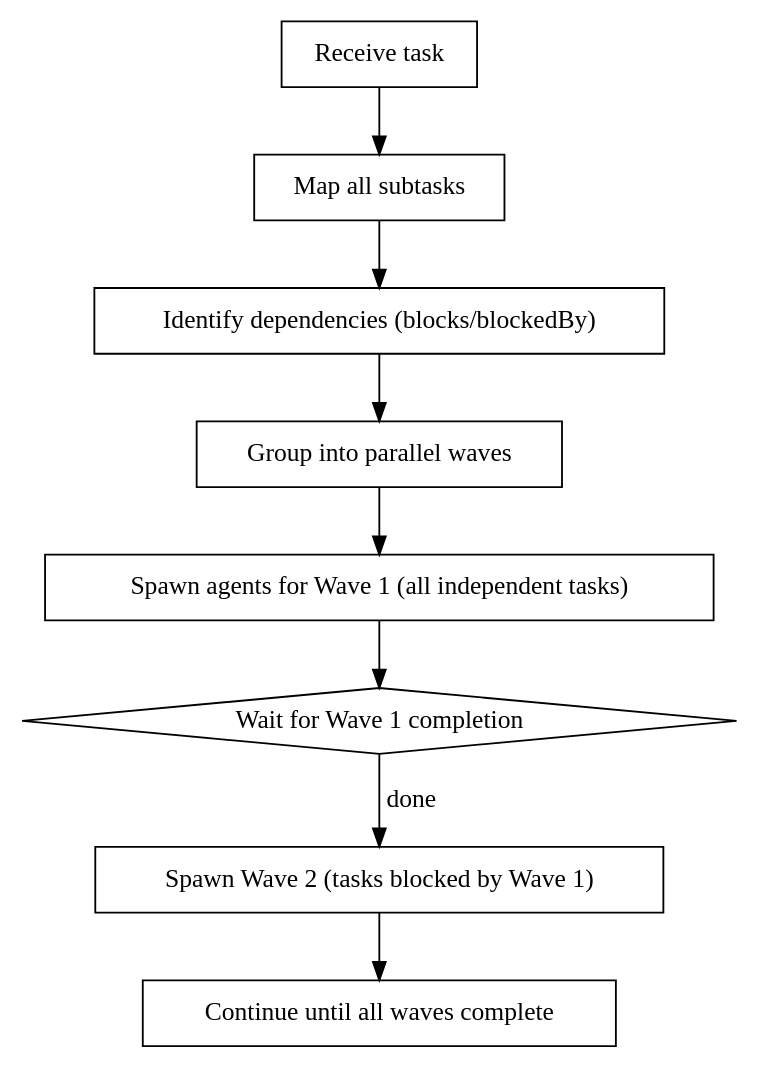
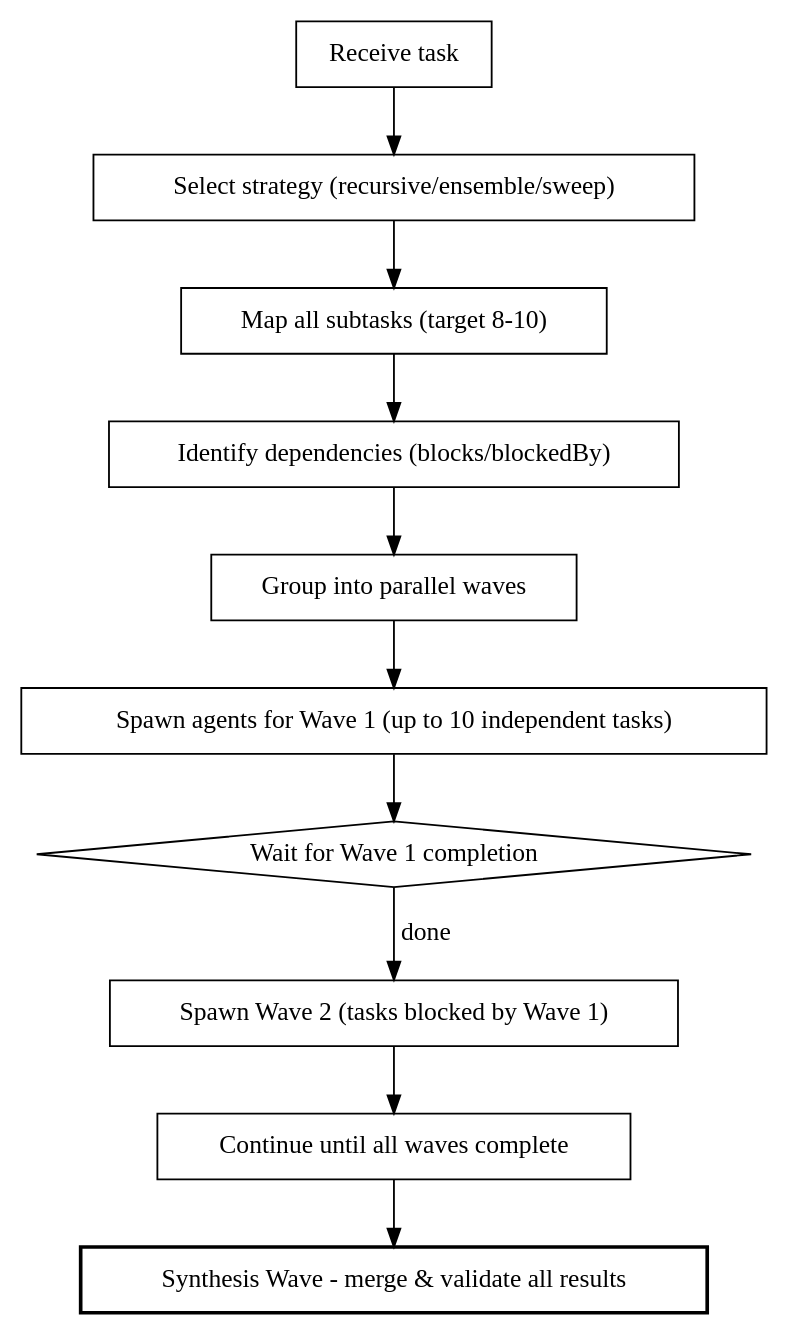
Before and after one commit to ahostbr/kuroryuu-public: the diagram in .claude/plugins/kuro/skills/max-subagents-parallel/SKILL.md, drawn with Graphviz. The commit also changed other lines of this file and 6 other files, not shown here.

````diff
--- a/.claude/plugins/kuro/skills/max-subagents-parallel/SKILL.md
+++ b/.claude/plugins/kuro/skills/max-subagents-parallel/SKILL.md
@@ -14,22 +24,26 @@
 ```dot
 digraph max_parallel {
     rankdir=TB;
 
     "Receive task" [shape=box];
-    "Map all subtasks" [shape=box];
+    "Select strategy (recursive/ensemble/sweep)" [shape=box];
+    "Map all subtasks (target 8-10)" [shape=box];
     "Identify dependencies (blocks/blockedBy)" [shape=box];
     "Group into parallel waves" [shape=box];
-    "Spawn agents for Wave 1 (all independent tasks)" [shape=box];
+    "Spawn agents for Wave 1 (up to 10 independent tasks)" [shape=box];
     "Wait for Wave 1 completion" [shape=diamond];
     "Spawn Wave 2 (tasks blocked by Wave 1)" [shape=box];
     "Continue until all waves complete" [shape=box];
+    "Synthesis Wave - merge & validate all results" [shape=box, style=bold];
 
-    "Receive task" -> "Map all subtasks";
-    "Map all subtasks" -> "Identify dependencies (blocks/blockedBy)";
+    "Receive task" -> "Select strategy (recursive/ensemble/sweep)";
+    "Select strategy (recursive/ensemble/sweep)" -> "Map all subtasks (target 8-10)";
+    "Map all subtasks (target 8-10)" -> "Identify dependencies (blocks/blockedBy)";
     "Identify dependencies (blocks/blockedBy)" -> "Group into parallel waves";
-    "Group into parallel waves" -> "Spawn agents for Wave 1 (all independent tasks)";
-    "Spawn agents for Wave 1 (all independent tasks)" -> "Wait for Wave 1 completion";
+    "Group into parallel waves" -> "Spawn agents for Wave 1 (up to 10 independent tasks)";
+    "Spawn agents for Wave 1 (up to 10 independent tasks)" -> "Wait for Wave 1 completion";
     "Wait for Wave 1 completion" -> "Spawn Wave 2 (tasks blocked by Wave 1)" [label="done"];
     "Spawn Wave 2 (tasks blocked by Wave 1)" -> "Continue until all waves complete";
+    "Continue until all waves complete" -> "Synthesis Wave - merge & validate all results";
 }
 ```
````
